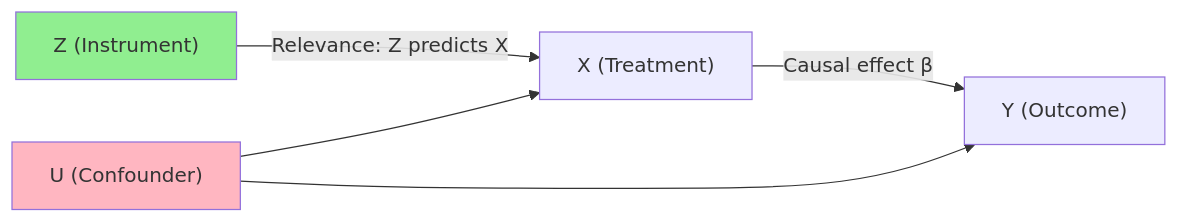
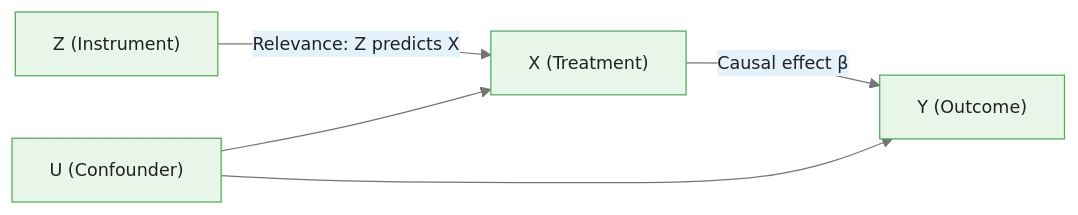
Before and after one commit to m-deane/course-creator: the first of 2 diagrams in courses/causalpy-interrupted-time-series/modules/module_06_instrumental_variables/guides/01_iv_fundamentals_slides.md, drawn with Mermaid. The commit also changed other lines of this file and 87 other files, not shown here.

````diff
--- a/courses/causalpy-interrupted-time-series/modules/module_06_instrumental_variables/guides/01_iv_fundamentals_slides.md
+++ b/courses/causalpy-interrupted-time-series/modules/module_06_instrumental_variables/guides/01_iv_fundamentals_slides.md
@@ -41,10 +46,8 @@
 ```mermaid
+%%{init: {"theme": "base", "themeVariables": {"primaryColor": "#e8f5e9", "primaryBorderColor": "#4caf50", "primaryTextColor": "#212121", "secondaryColor": "#e3f2fd", "tertiaryColor": "#fff8e1", "lineColor": "#757575", "fontFamily": "Inter, sans-serif", "fontSize": "14px"}}}%%
 graph LR
     Z["Z (Instrument)"] -->|"Relevance: Z predicts X"| X["X (Treatment)"]
     X -->|"Causal effect β"| Y["Y (Outcome)"]
     U["U (Confounder)"] --> X
     U --> Y
-
-    style Z fill:#90EE90
-    style U fill:#FFB6C1
 ```
````
